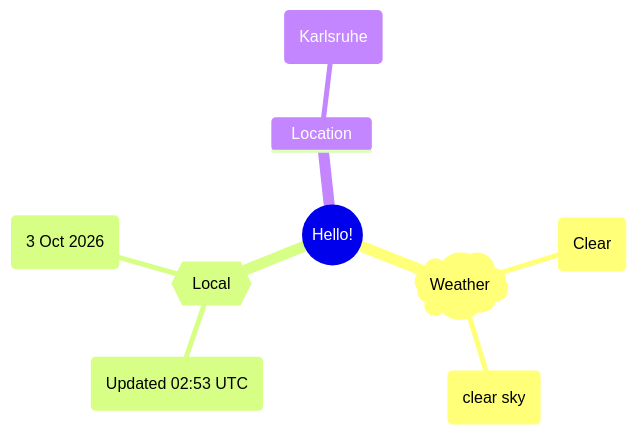
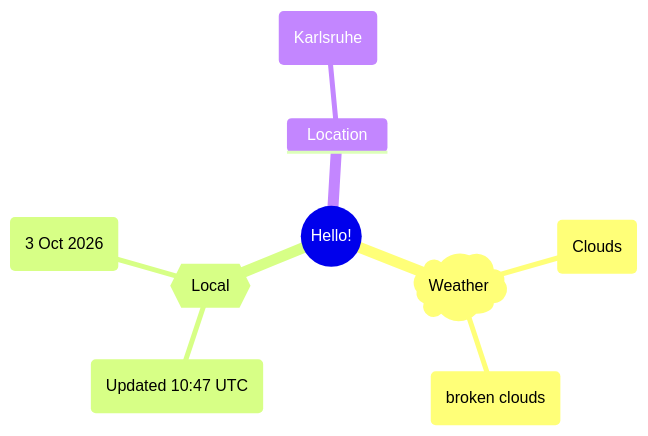
One commit to Xosrov/Xosrov changed the first of 2 diagrams in README.md. Above: the diagram before and after it, drawn with Mermaid.

Commit message:
[bot] updated images

````diff
--- a/README.md
+++ b/README.md
@@ -3,12 +3,12 @@
 ```mermaid
 mindmap
   root((Hello!))
     )Weather(
-        (Clear)
-        (clear sky)
+        (Clouds)
+        (broken clouds)
     {{Local}}
-        (Updated 02:53 UTC)
+        (Updated 10:47 UTC)
         (3 Oct 2026)
     Location
         (Karlsruhe)
 ```
````
